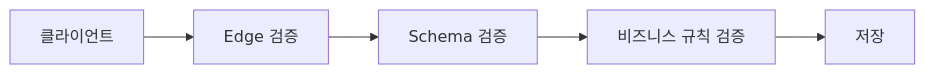
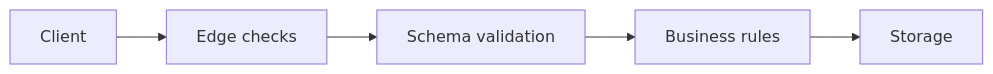
One commit to yeongseon-books/book-content changed the diagram in content/secure-coding-101/ko/02-input-validation.md. Above: the diagram before and after it, drawn with Mermaid. The commit also changed other lines of this file and 9 other files, not shown here.

````diff
--- a/content/secure-coding-101/ko/02-input-validation.md
+++ b/content/secure-coding-101/ko/02-input-validation.md
@@ -35,7 +49,7 @@
 ```mermaid
 flowchart LR
-    Client["클라이언트"] --> Edge["Edge 검증"]
-    Edge --> Schema["Schema 검증"]
-    Schema --> Business["비즈니스 규칙 검증"]
-    Business --> Storage["저장"]
+    Client["Client"] --> Edge["Edge checks"]
+    Edge --> Schema["Schema validation"]
+    Schema --> Business["Business rules"]
+    Business --> Storage["Storage"]
 ```
````
